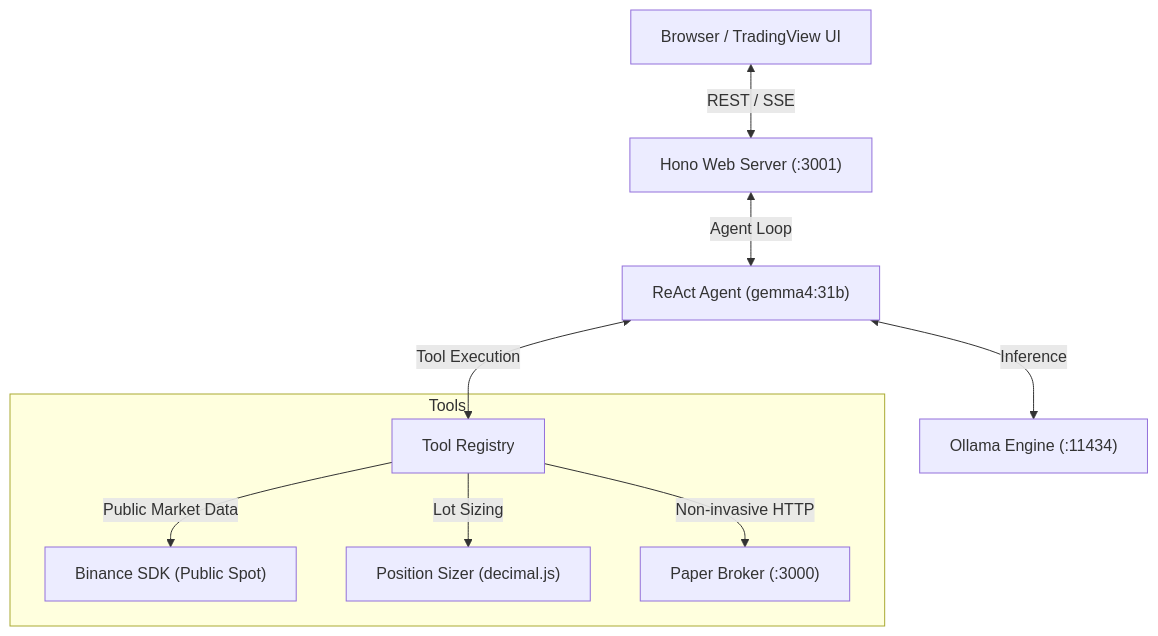
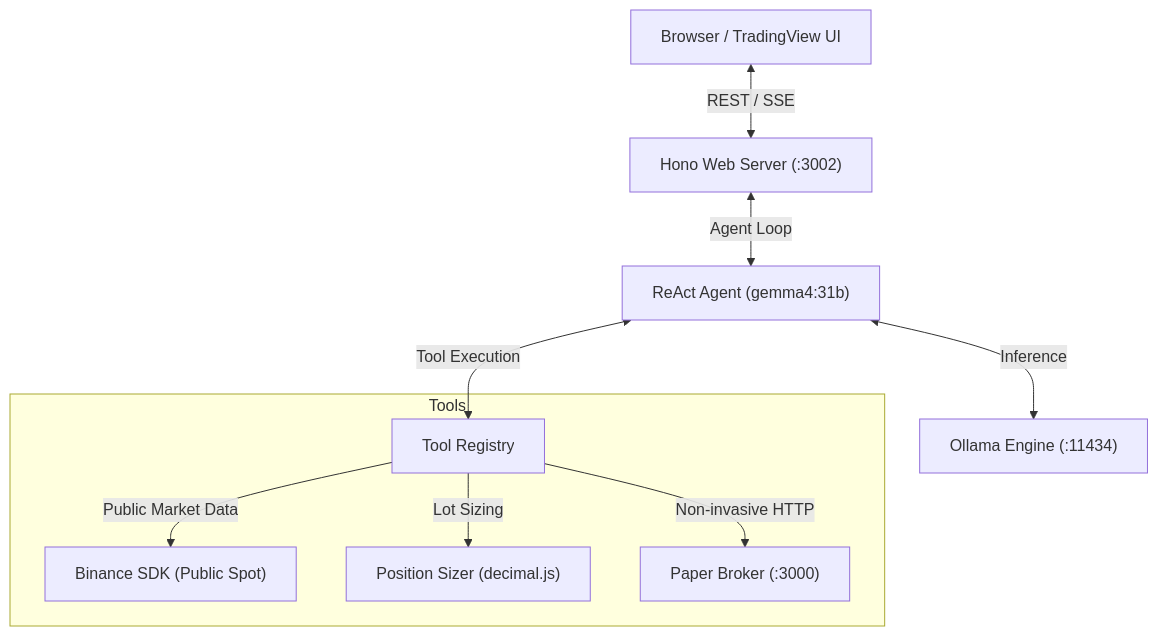
The diagram in README.md (shubhamtaywade82/crypto-agent), drawn with Mermaid before and after one commit. The commit also changed other lines of this file and 6 other files, not shown here.

````diff
--- a/README.md
+++ b/README.md
@@ -14,14 +14,14 @@
 ```mermaid
 graph TD
-    Client["Browser / TradingView UI"] <-->|REST / SSE| Hono["Hono Web Server (:3001)"]
+    Client["Browser / TradingView UI"] <-->|REST / SSE| Hono["Hono Web Server (:3002)"]
     Hono <-->|Agent Loop| Agent["ReAct Agent (gemma4:31b)"]
     Agent <-->|Tool Execution| Registry["Tool Registry"]
     
     subgraph Tools
         Registry -->|Public Market Data| Binance["Binance SDK (Public Spot)"]
         Registry -->|Lot Sizing| Sizing["Position Sizer (decimal.js)"]
         Registry -->|Non-invasive HTTP| Paper["Paper Broker (:3000)"]
     end
 
     Agent <-->|Inference| Ollama["Ollama Engine (:11434)"]
 ```
````
